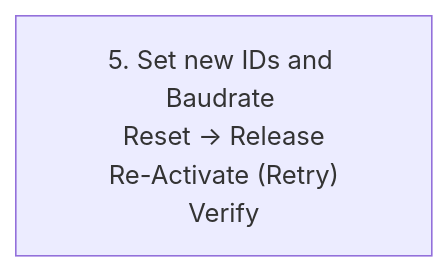
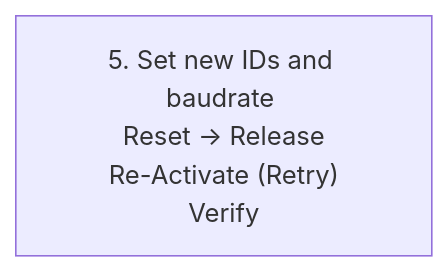
Before and after one commit to me-systeme/StartupCAN: the sixth of 12 diagrams in README.md, drawn with Mermaid. The commit also changed other lines of this file and 10 other files, not shown here.

````diff
--- a/README.md
+++ b/README.md
@@ -231,4 +371,4 @@
 ```mermaid
 flowchart TD
-A["5. Set new IDs and Baudrate <br/>Reset → Release<br/>Re-Activate (Retry)<br/>Verify"]
+A["5. Set new IDs and baudrate <br/>Reset → Release<br/>Re-Activate (Retry)<br/>Verify"]
 ``` 
````
